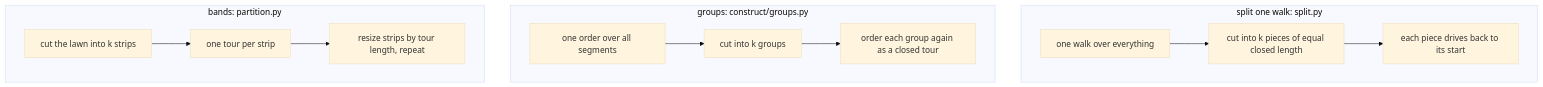
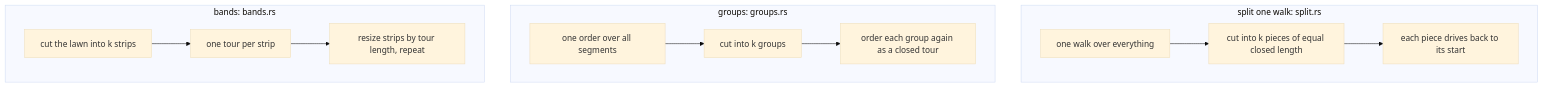
Before and after one commit to voltro33/CG-SHOP-2027: the fourth of 7 diagrams in docs/how-it-works.md, drawn with Mermaid (base theme). The commit also changed other lines of this file and 4 other files, not shown here.

````diff
--- a/docs/how-it-works.md
+++ b/docs/how-it-works.md
@@ -177,15 +219,15 @@
 ```mermaid
 flowchart TB
-    subgraph S[split one walk: split.py]
+    subgraph S[split one walk: split.rs]
         S1[one walk over everything] --> S2[cut into k pieces of equal closed length]
         S2 --> S3[each piece drives back to its start]
     end
-    subgraph G[groups: construct/groups.py]
+    subgraph G[groups: groups.rs]
         G1[one order over all segments] --> G2[cut into k groups]
         G2 --> G3[order each group again as a closed tour]
     end
-    subgraph P[bands: partition.py]
+    subgraph P[bands: bands.rs]
         P1[cut the lawn into k strips] --> P2[one tour per strip]
         P2 --> P3[resize strips by tour length, repeat]
     end
 ```
````
